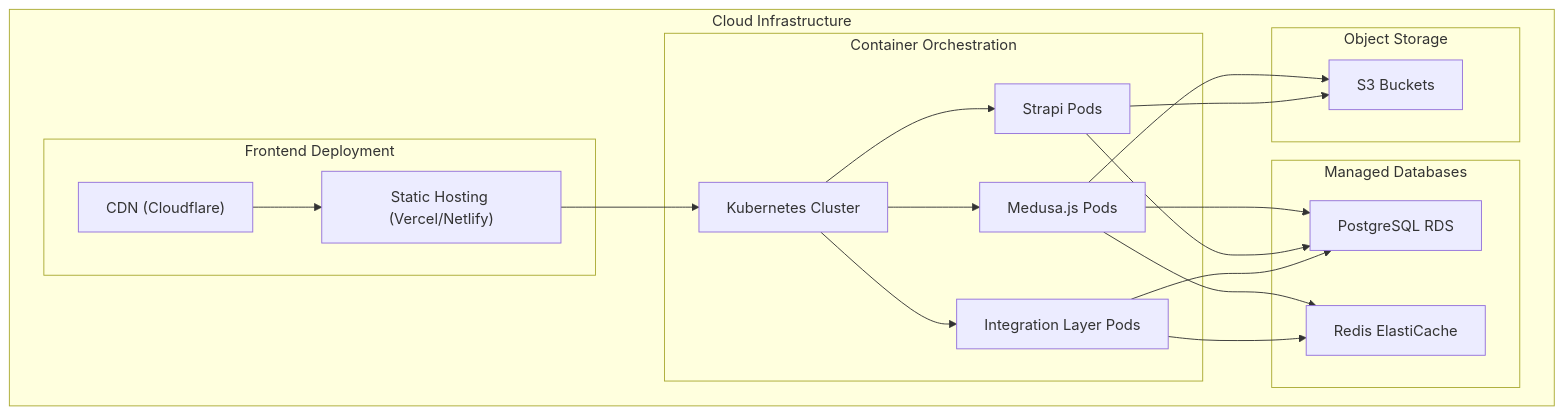
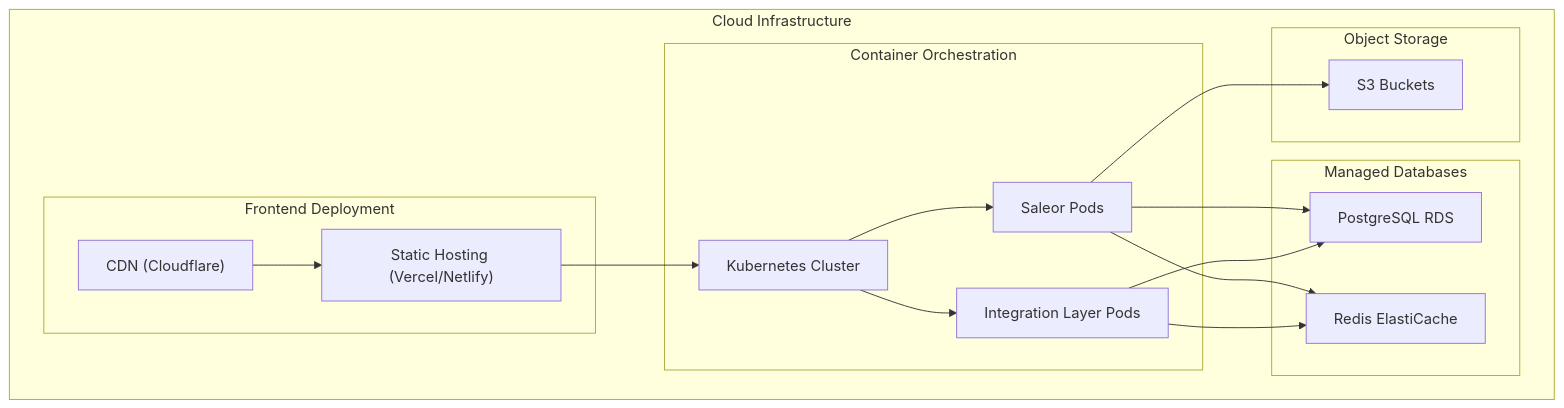
One commit to mprolabs/statamic-to-medusa-migration changed the seventh of 8 diagrams in docs/architecture/system-architecture.md. Above: the diagram before and after it, drawn with Mermaid. The commit also changed other lines of this file and 123 other files, not shown here.

````diff
--- a/docs/architecture/system-architecture.md
+++ b/docs/architecture/system-architecture.md
@@ -350,42 +324,38 @@
 ```mermaid
 graph TD
     subgraph "Cloud Infrastructure"
         subgraph "Frontend Deployment"
             CDN["CDN (Cloudflare)"]
             StaticHosting["Static Hosting (Vercel/Netlify)"]
         end
         
         subgraph "Container Orchestration"
             K8s["Kubernetes Cluster"]
-            MedusaPods["Medusa.js Pods"]
-            StrapiPods["Strapi Pods"]
+            SaleorPods["Saleor Pods"]
             IntegrationPods["Integration Layer Pods"]
         end
         
         subgraph "Managed Databases"
             RDS["PostgreSQL RDS"]
             ElastiCache["Redis ElastiCache"]
         end
         
         subgraph "Object Storage"
             S3Bucket["S3 Buckets"]
         end
     end
     
     CDN --> StaticHosting
     StaticHosting --> K8s
     
-    K8s --> MedusaPods
-    K8s --> StrapiPods
+    K8s --> SaleorPods
     K8s --> IntegrationPods
     
-    MedusaPods --> RDS
-    StrapiPods --> RDS
+    SaleorPods --> RDS
     IntegrationPods --> RDS
     
-    MedusaPods --> ElastiCache
+    SaleorPods --> ElastiCache
     IntegrationPods --> ElastiCache
     
-    MedusaPods --> S3Bucket
-    StrapiPods --> S3Bucket
+    SaleorPods --> S3Bucket
 ```
````
